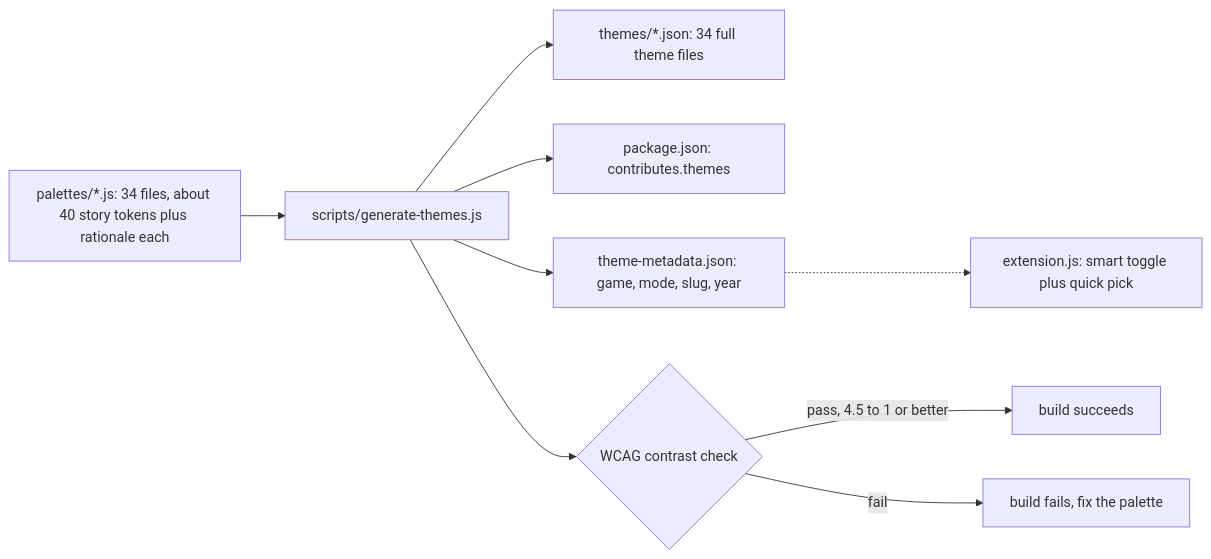
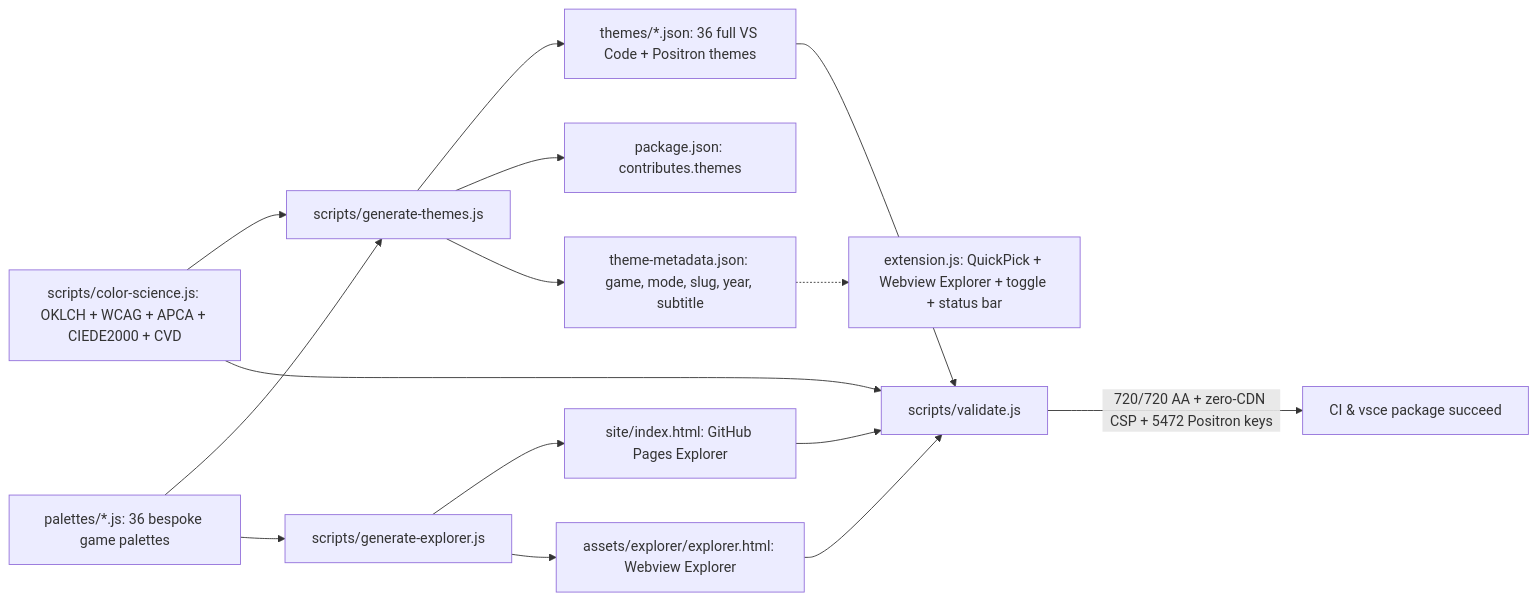
The second of 2 diagrams in README.md (IDEsOfMerge/hylian-palette), drawn with Mermaid before and after one commit. The commit also changed other lines of this file and 687 other files, not shown here.

Commit message:
Release v1.0.0: Perceptual OKLCH overhaul across 18 Zelda games (36 themes) + Interactive Explorer

````diff
--- a/README.md
+++ b/README.md
@@ -209,11 +231,17 @@
 ```mermaid
 graph LR
-    P["palettes/*.js: 34 files, about 40 story tokens plus rationale each"] --> G["scripts/generate-themes.js"]
-    G --> T["themes/*.json: 34 full theme files"]
+    P["palettes/*.js: 36 bespoke game palettes"] --> G["scripts/generate-themes.js"]
+    P --> X["scripts/generate-explorer.js"]
+    CS["scripts/color-science.js: OKLCH + WCAG + APCA + CIEDE2000 + CVD"] --> G
+    CS --> V["scripts/validate.js"]
+    G --> T["themes/*.json: 36 full VS Code + Positron themes"]
     G --> K["package.json: contributes.themes"]
-    G --> M["theme-metadata.json: game, mode, slug, year"]
-    G --> C{"WCAG contrast check"}
-    C -->|"pass, 4.5 to 1 or better"| OK["build succeeds"]
-    C -->|"fail"| X["build fails, fix the palette"]
-    M -.-> E["extension.js: smart toggle plus quick pick"]
+    G --> M["theme-metadata.json: game, mode, slug, year, subtitle"]
+    X --> S["site/index.html: GitHub Pages Explorer"]
+    X --> W["assets/explorer/explorer.html: Webview Explorer"]
+    T --> V
+    S --> V
+    W --> V
+    V -->|"720/720 AA + zero-CDN CSP + 5472 Positron keys"| OK["CI & vsce package succeed"]
+    M -.-> E["extension.js: QuickPick + Webview Explorer + toggle + status bar"]
 ```
````
